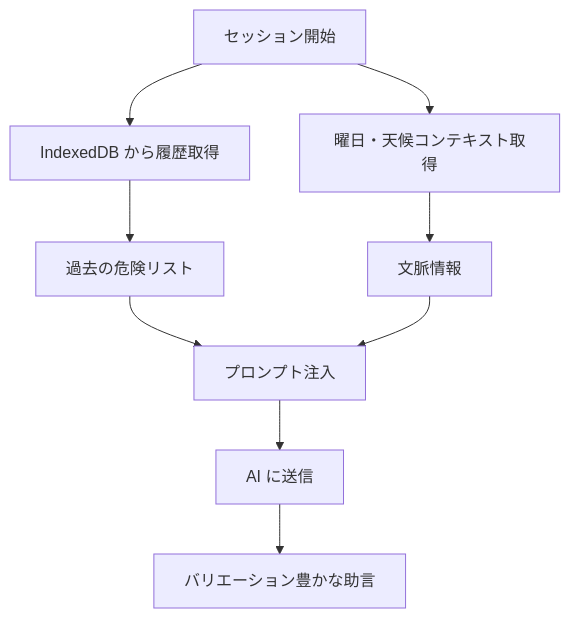
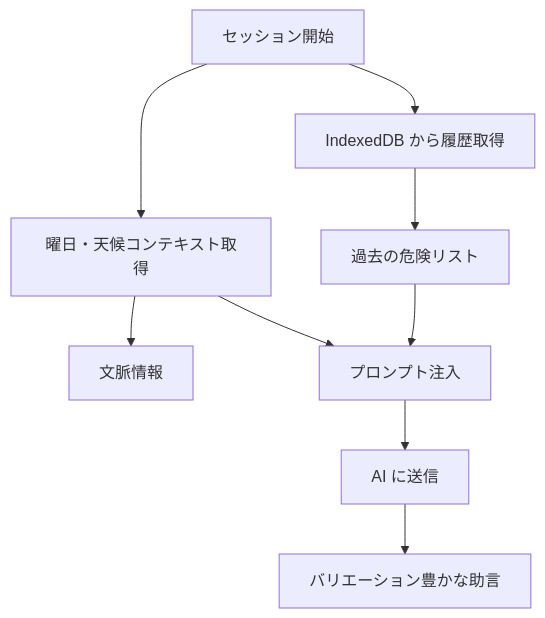
The diagram in apps/v2-modern/docs/00_planning/phases/Phase2.7_Implementation_Plan.md (Ibar-Aki/solar-aldrin), drawn with Mermaid before and after one commit. The commit also changed other lines of this file and 16 other files, not shown here.

````diff
--- a/apps/v2-modern/docs/00_planning/phases/Phase2.7_Implementation_Plan.md
+++ b/apps/v2-modern/docs/00_planning/phases/Phase2.7_Implementation_Plan.md
@@ -208,11 +211,11 @@
 ```mermaid
 graph TD
     A[セッション開始] --> B[IndexedDB から履歴取得]
     A --> C[曜日・天候コンテキスト取得]
     B --> D[過去の危険リスト]
     C --> E[文脈情報]
     D --> F[プロンプト注入]
-    E --> F
+    C --> F
     F --> G[AI に送信]
     G --> H[バリエーション豊かな助言]
 ```
````
